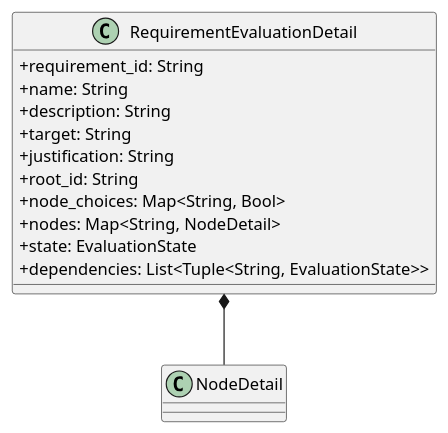
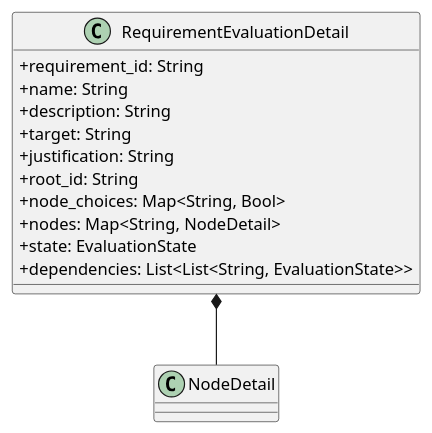
Before and after one commit to GroupRubberDuck/Documentazione: the diagram in src/PB/DocumentazioneEsterna/Specifica_Tecnica/content/05-diagrammi-classi/uml/puml/Backend/Domain/RequirementEvaluationDetail.puml, drawn with PlantUML. The commit also changed 75 other files, not shown here.

```diff
--- a/src/PB/DocumentazioneEsterna/Specifica_Tecnica/content/05-diagrammi-classi/uml/puml/Backend/Domain/RequirementEvaluationDetail.puml
+++ b/src/PB/DocumentazioneEsterna/Specifica_Tecnica/content/05-diagrammi-classi/uml/puml/Backend/Domain/RequirementEvaluationDetail.puml
@@ -1,19 +1,19 @@
 @startuml RequirementEvaluationDetail
 skinparam ClassAttributeIconSize 0
 
 class RequirementEvaluationDetail {
     + requirement_id: String
     + name: String
     + description: String
     + target: String
     + justification: String
     + root_id: String
     + node_choices: Map<String, Bool>
     + nodes: Map<String, NodeDetail>
     + state: EvaluationState
-    + dependencies: List<Tuple<String, EvaluationState>>
+    + dependencies: List<List<String, EvaluationState>>
 }
 
 RequirementEvaluationDetail *-- NodeDetail
 
 @enduml
```
